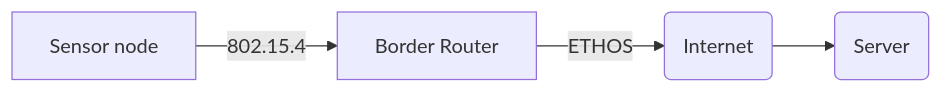
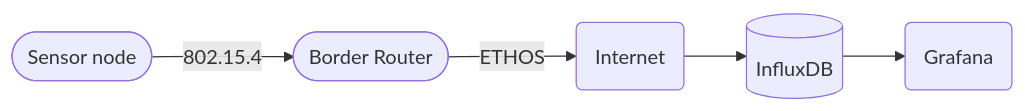
One commit to KRVPerera/sense changed the first of 2 diagrams in docs/NETWORK.md. Above: the diagram before and after it, drawn with Mermaid. The commit also changed other lines of this file, not shown here.

Commit message:
CoAP influx db

````diff
--- a/docs/NETWORK.md
+++ b/docs/NETWORK.md
@@ -7,6 +7,7 @@
 ```mermaid
 graph LR;
-    A[Sensor node] -->|802.15.4| B[Border Router];
+    A([Sensor node]) -->|802.15.4| B([Border Router]);
     B --> |ETHOS| C(Internet);
-    C --> D(Server);
+    C --> D[(InfluxDB)]
+    D --> E(Grafana);
 ```
````
